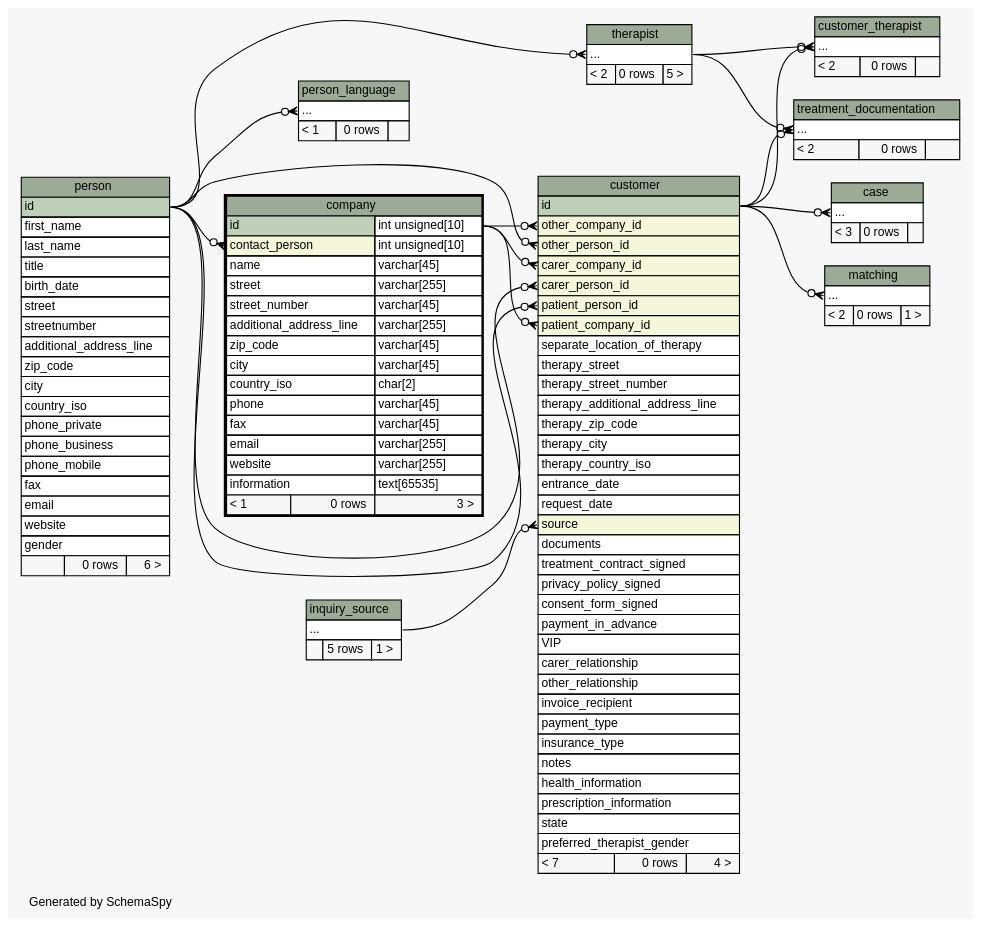
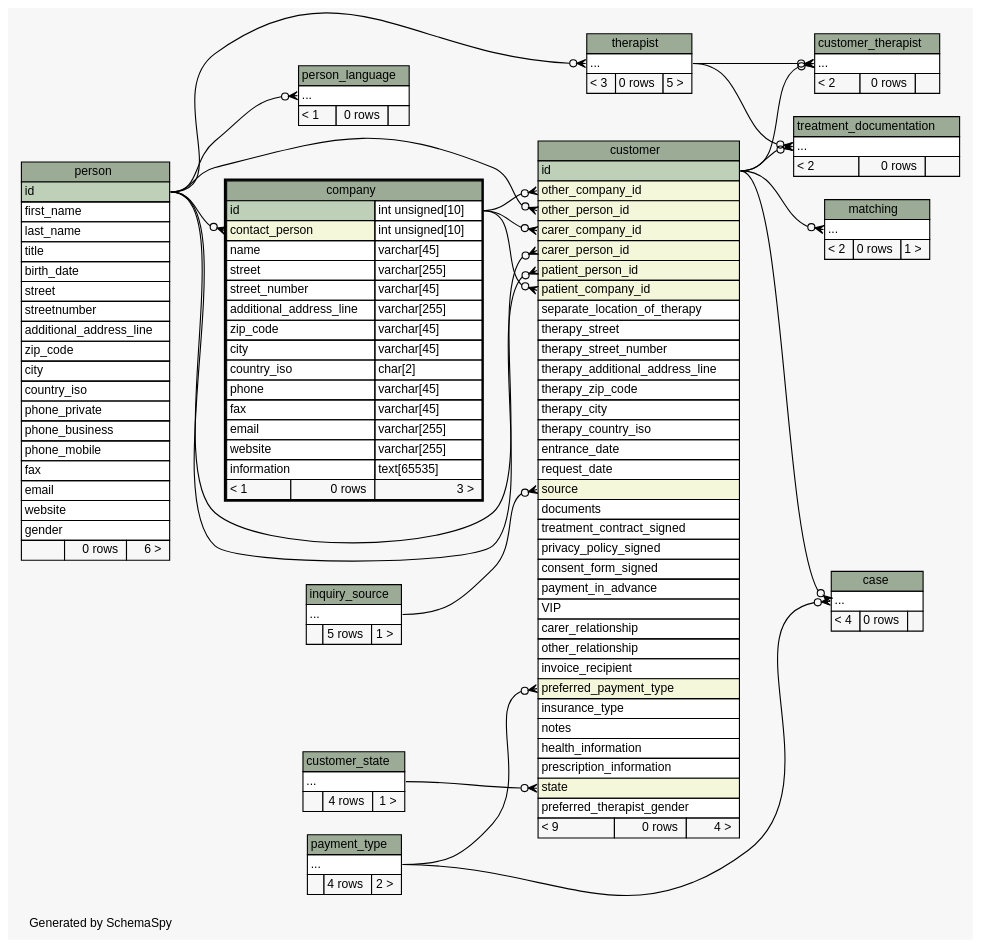
One commit to KaiBMP/KaiBMP.github.io changed the diagram in diagrams/company.2degrees.dot. Above: the diagram before and after it, drawn with Graphviz. The commit also changed 122 other files, not shown here.

Commit message:
schemaspy update

```diff
--- a/diagrams/company.2degrees.dot
+++ b/diagrams/company.2degrees.dot
@@ -20,6 +20,7 @@
     arrowsize="0.8"
   ];
   "case":"elipses":w -> "customer":"id":e [arrowhead=none dir=back arrowtail=crowodot];
+  "case":"elipses":w -> "payment_type":"elipses":e [arrowhead=none dir=back arrowtail=crowodot];
   "company":"contact_person":w -> "person":"id":e [arrowhead=none dir=back arrowtail=crowodot];
   "customer":"carer_company_id":w -> "company":"id.type":e [arrowhead=none dir=back arrowtail=crowodot];
   "customer":"carer_person_id":w -> "person":"id":e [arrowhead=none dir=back arrowtail=crowodot];
@@ -27,7 +28,9 @@
   "customer":"other_person_id":w -> "person":"id":e [arrowhead=none dir=back arrowtail=crowodot];
   "customer":"patient_company_id":w -> "company":"id.type":e [arrowhead=none dir=back arrowtail=crowodot];
   "customer":"patient_person_id":w -> "person":"id":e [arrowhead=none dir=back arrowtail=crowodot];
+  "customer":"preferred_payment_type":w -> "payment_type":"elipses":e [arrowhead=none dir=back arrowtail=crowodot];
   "customer":"source":w -> "inquiry_source":"elipses":e [arrowhead=none dir=back arrowtail=crowodot];
+  "customer":"state":w -> "customer_state":"elipses":e [arrowhead=none dir=back arrowtail=crowodot];
   "customer_therapist":"elipses":w -> "customer":"id":e [arrowhead=none dir=back arrowtail=crowodot];
   "customer_therapist":"elipses":w -> "therapist":"elipses":e [arrowhead=none dir=back arrowtail=crowodot];
   "matching":"elipses":w -> "customer":"id":e [arrowhead=none dir=back arrowtail=crowodot];
@@ -40,7 +43,7 @@
     <TABLE BORDER="0" CELLBORDER="1" CELLSPACING="0" BGCOLOR="#ffffff">
       <TR><TD COLSPAN="3" BGCOLOR="#9bab96" ALIGN="CENTER">case</TD></TR>
       <TR><TD PORT="elipses" COLSPAN="3" ALIGN="LEFT">...</TD></TR>
-      <TR><TD ALIGN="LEFT" BGCOLOR="#f7f7f7">&lt; 3</TD><TD ALIGN="RIGHT" BGCOLOR="#f7f7f7">0 rows</TD><TD ALIGN="RIGHT" BGCOLOR="#f7f7f7">  </TD></TR>
+      <TR><TD ALIGN="LEFT" BGCOLOR="#f7f7f7">&lt; 4</TD><TD ALIGN="RIGHT" BGCOLOR="#f7f7f7">0 rows</TD><TD ALIGN="RIGHT" BGCOLOR="#f7f7f7">  </TD></TR>
     </TABLE>>
     URL="case.html"
     tooltip="case"
@@ -98,17 +101,27 @@
       <TR><TD PORT="carer_relationship" COLSPAN="3" ALIGN="LEFT">carer_relationship</TD></TR>
       <TR><TD PORT="other_relationship" COLSPAN="3" ALIGN="LEFT">other_relationship</TD></TR>
       <TR><TD PORT="invoice_recipient" COLSPAN="3" ALIGN="LEFT">invoice_recipient</TD></TR>
-      <TR><TD PORT="payment_type" COLSPAN="3" ALIGN="LEFT">payment_type</TD></TR>
+      <TR><TD PORT="preferred_payment_type" COLSPAN="3" BGCOLOR="#f4f7da" ALIGN="LEFT">preferred_payment_type</TD></TR>
       <TR><TD PORT="insurance_type" COLSPAN="3" ALIGN="LEFT">insurance_type</TD></TR>
       <TR><TD PORT="notes" COLSPAN="3" ALIGN="LEFT">notes</TD></TR>
       <TR><TD PORT="health_information" COLSPAN="3" ALIGN="LEFT">health_information</TD></TR>
       <TR><TD PORT="prescription_information" COLSPAN="3" ALIGN="LEFT">prescription_information</TD></TR>
-      <TR><TD PORT="state" COLSPAN="3" ALIGN="LEFT">state</TD></TR>
+      <TR><TD PORT="state" COLSPAN="3" BGCOLOR="#f4f7da" ALIGN="LEFT">state</TD></TR>
       <TR><TD PORT="preferred_therapist_gender" COLSPAN="3" ALIGN="LEFT">preferred_therapist_gender</TD></TR>
-      <TR><TD ALIGN="LEFT" BGCOLOR="#f7f7f7">&lt; 7</TD><TD ALIGN="RIGHT" BGCOLOR="#f7f7f7">0 rows</TD><TD ALIGN="RIGHT" BGCOLOR="#f7f7f7">4 &gt;</TD></TR>
+      <TR><TD ALIGN="LEFT" BGCOLOR="#f7f7f7">&lt; 9</TD><TD ALIGN="RIGHT" BGCOLOR="#f7f7f7">0 rows</TD><TD ALIGN="RIGHT" BGCOLOR="#f7f7f7">4 &gt;</TD></TR>
     </TABLE>>
     URL="customer.html"
     tooltip="customer"
+  ];
+  "customer_state" [
+    label=<
+    <TABLE BORDER="0" CELLBORDER="1" CELLSPACING="0" BGCOLOR="#ffffff">
+      <TR><TD COLSPAN="3" BGCOLOR="#9bab96" ALIGN="CENTER">customer_state</TD></TR>
+      <TR><TD PORT="elipses" COLSPAN="3" ALIGN="LEFT">...</TD></TR>
+      <TR><TD ALIGN="LEFT" BGCOLOR="#f7f7f7">  </TD><TD ALIGN="RIGHT" BGCOLOR="#f7f7f7">4 rows</TD><TD ALIGN="RIGHT" BGCOLOR="#f7f7f7">1 &gt;</TD></TR>
+    </TABLE>>
+    URL="customer_state.html"
+    tooltip="customer_state"
   ];
   "customer_therapist" [
     label=<
@@ -139,6 +152,16 @@
     </TABLE>>
     URL="matching.html"
     tooltip="matching"
+  ];
+  "payment_type" [
+    label=<
+    <TABLE BORDER="0" CELLBORDER="1" CELLSPACING="0" BGCOLOR="#ffffff">
+      <TR><TD COLSPAN="3" BGCOLOR="#9bab96" ALIGN="CENTER">payment_type</TD></TR>
+      <TR><TD PORT="elipses" COLSPAN="3" ALIGN="LEFT">...</TD></TR>
+      <TR><TD ALIGN="LEFT" BGCOLOR="#f7f7f7">  </TD><TD ALIGN="RIGHT" BGCOLOR="#f7f7f7">4 rows</TD><TD ALIGN="RIGHT" BGCOLOR="#f7f7f7">2 &gt;</TD></TR>
+    </TABLE>>
+    URL="payment_type.html"
+    tooltip="payment_type"
   ];
   "person" [
     label=<
@@ -182,7 +205,7 @@
     <TABLE BORDER="0" CELLBORDER="1" CELLSPACING="0" BGCOLOR="#ffffff">
       <TR><TD COLSPAN="3" BGCOLOR="#9bab96" ALIGN="CENTER">therapist</TD></TR>
       <TR><TD PORT="elipses" COLSPAN="3" ALIGN="LEFT">...</TD></TR>
-      <TR><TD ALIGN="LEFT" BGCOLOR="#f7f7f7">&lt; 2</TD><TD ALIGN="RIGHT" BGCOLOR="#f7f7f7">0 rows</TD><TD ALIGN="RIGHT" BGCOLOR="#f7f7f7">5 &gt;</TD></TR>
+      <TR><TD ALIGN="LEFT" BGCOLOR="#f7f7f7">&lt; 3</TD><TD ALIGN="RIGHT" BGCOLOR="#f7f7f7">0 rows</TD><TD ALIGN="RIGHT" BGCOLOR="#f7f7f7">5 &gt;</TD></TR>
     </TABLE>>
     URL="therapist.html"
     tooltip="therapist"
```
